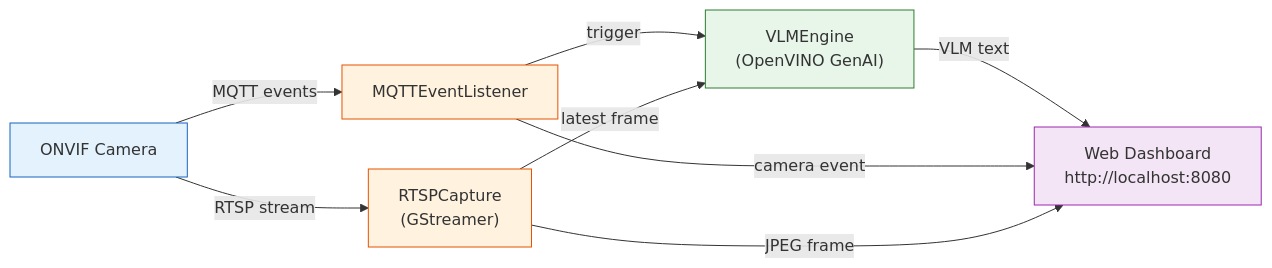
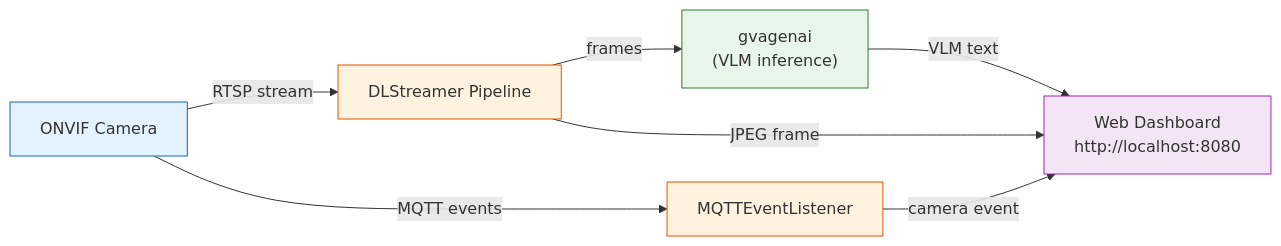
The first of 2 diagrams in samples/gstreamer/python/onvif_camera_analytics_validation/README.md (open-edge-platform/dlstreamer), drawn with Mermaid before and after one commit. The commit also changed other lines of this file and 2 other files, not shown here.

Commit message:
Updated application to use DLStreamer elements

````diff
--- a/samples/gstreamer/python/onvif_camera_analytics_validation/README.md
+++ b/samples/gstreamer/python/onvif_camera_analytics_validation/README.md
@@ -10,16 +10,15 @@
 ```mermaid
 graph LR
-    A["ONVIF Camera"] -->|"RTSP stream"| B["RTSPCapture\n(GStreamer)"]
+    A["ONVIF Camera"] -->|"RTSP stream"| B["DLStreamer Pipeline"]
+    B -->|"frames"| D["gvagenai\n(VLM inference)"]
     A -->|"MQTT events"| C["MQTTEventListener"]
-    C -->|"trigger"| D["VLMEngine\n(OpenVINO GenAI)"]
-    B -->|"latest frame"| D
     D -->|"VLM text"| F["Web Dashboard\nhttp://localhost:8080"]
     C -->|"camera event"| F
     B -->|"JPEG frame"| F
 
     style A fill:#e3f2fd,stroke:#1565C0
     style B fill:#fff3e0,stroke:#E65100
     style C fill:#fff3e0,stroke:#E65100
     style D fill:#e8f5e9,stroke:#2E7D32
     style F fill:#f3e5f5,stroke:#9C27B0
 ```
````
